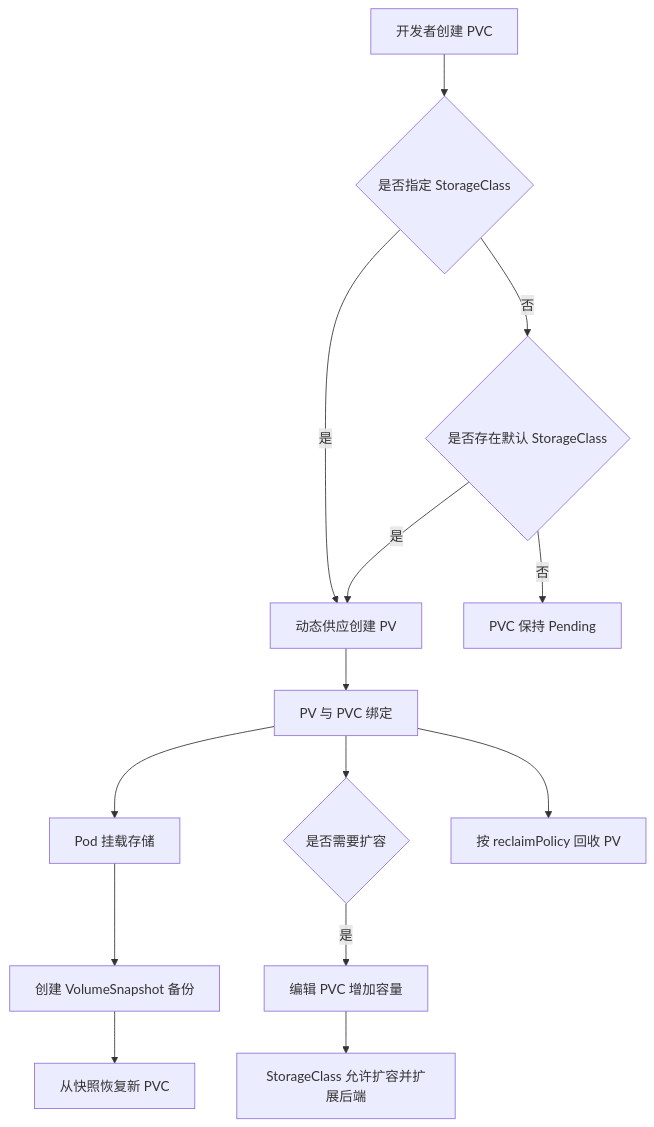
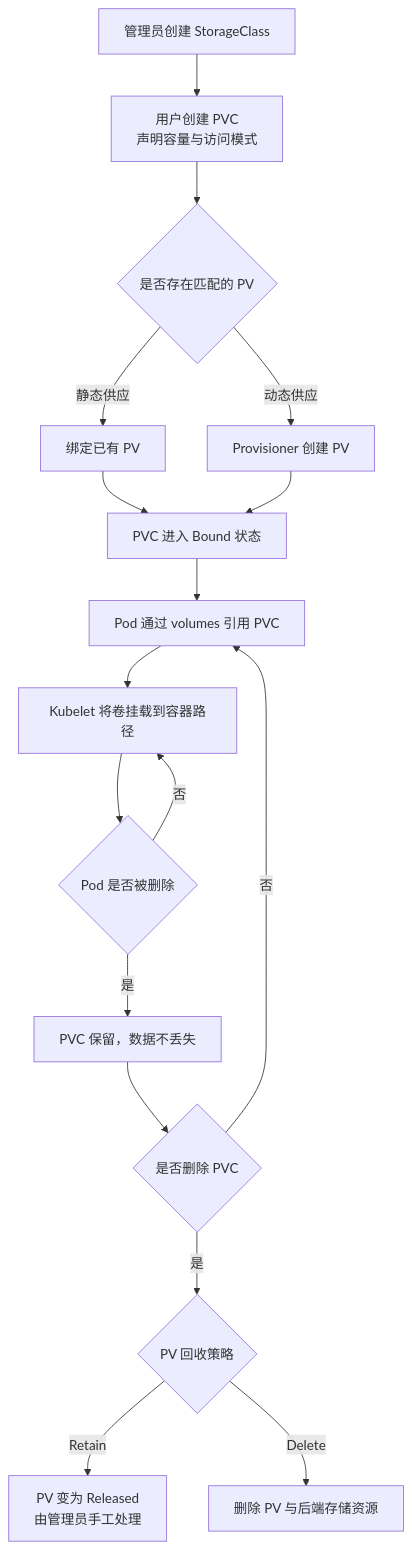
The diagram in site-docs/admin/storage/index.md (kube-do/kdo), drawn with Mermaid before and after one commit. The commit also changed other lines of this file and 11 other files, not shown here.

````diff
--- a/site-docs/admin/storage/index.md
+++ b/site-docs/admin/storage/index.md
@@ -65,16 +65,19 @@
 ```mermaid
 flowchart TD
-    A[开发者创建 PVC] --> B{是否指定 StorageClass}
-    B -->|是| C[动态供应创建 PV]
-    B -->|否| D{是否存在默认 StorageClass}
-    D -->|是| C
-    D -->|否| E[PVC 保持 Pending]
-    C --> F[PV 与 PVC 绑定]
-    F --> G[Pod 挂载存储]
-    G --> H[创建 VolumeSnapshot 备份]
-    H --> I[从快照恢复新 PVC]
-    F --> J{是否需要扩容}
-    J -->|是| K[编辑 PVC 增加容量]
-    K --> L[StorageClass 允许扩容并扩展后端]
-    F --> M[按 reclaimPolicy 回收 PV]
+    A[管理员创建 StorageClass] --> B[用户创建 PVC<br/>声明容量与访问模式]
+    B --> C{是否存在匹配的 PV}
+    C -->|静态供应| D[绑定已有 PV]
+    C -->|动态供应| E[Provisioner 创建 PV]
+    D --> F[PVC 进入 Bound 状态]
+    E --> F
+    F --> G[Pod 通过 volumes 引用 PVC]
+    G --> H[Kubelet 将卷挂载到容器路径]
+    H --> I{Pod 是否被删除}
+    I -->|否| H
+    I -->|是| J[PVC 保留，数据不丢失]
+    J --> K{是否删除 PVC}
+    K -->|否| G
+    K -->|是| L{PV 回收策略}
+    L -->|Retain| M[PV 变为 Released<br/>由管理员手工处理]
+    L -->|Delete| N[删除 PV 与后端存储资源]
 ```
````
